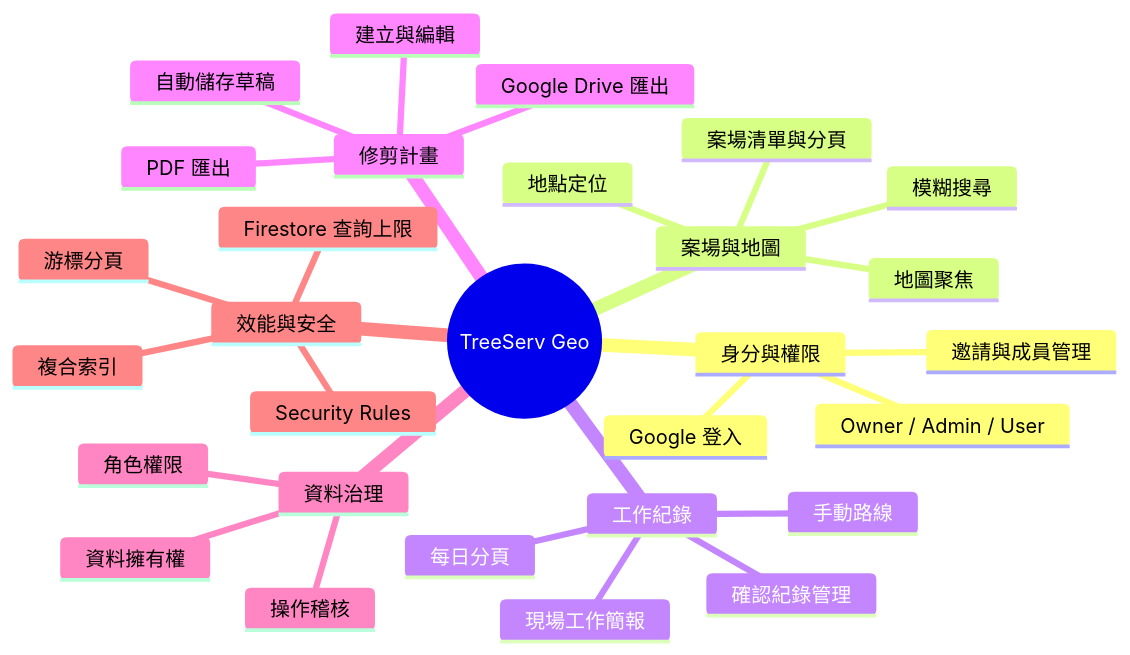
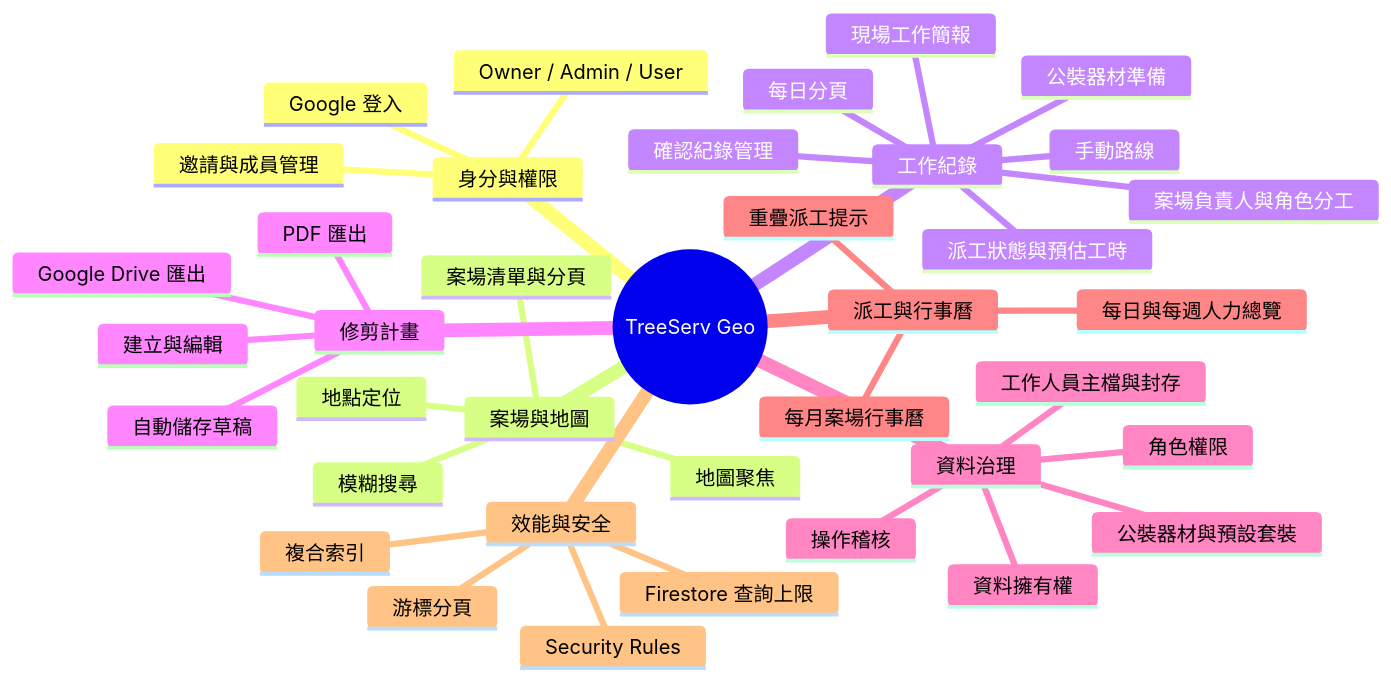
One commit to jonic70134/TreeServ_Geo changed the second of 2 diagrams in docs/system-architecture.md. Above: the diagram before and after it, drawn with Mermaid. The commit also changed other lines of this file and 11 other files, not shown here.

````diff
--- a/docs/system-architecture.md
+++ b/docs/system-architecture.md
@@ -22,32 +22,41 @@
 ```mermaid
 mindmap
   root((TreeServ Geo))
     身分與權限
       Google 登入
       Owner / Admin / User
       邀請與成員管理
     案場與地圖
       案場清單與分頁
       地點定位
       模糊搜尋
       地圖聚焦
     工作紀錄
       每日分頁
+      派工狀態與預估工時
+      案場負責人與角色分工
+      公裝器材準備
       確認紀錄管理
       手動路線
       現場工作簡報
     修剪計畫
       建立與編輯
       自動儲存草稿
       PDF 匯出
       Google Drive 匯出
     資料治理
+      工作人員主檔與封存
+      公裝器材與預設套裝
       資料擁有權
       角色權限
       操作稽核
+    派工與行事曆
+      每日與每週人力總覽
+      每月案場行事曆
+      重疊派工提示
     效能與安全
       Firestore 查詢上限
       游標分頁
       Security Rules
       複合索引
 ```
````
